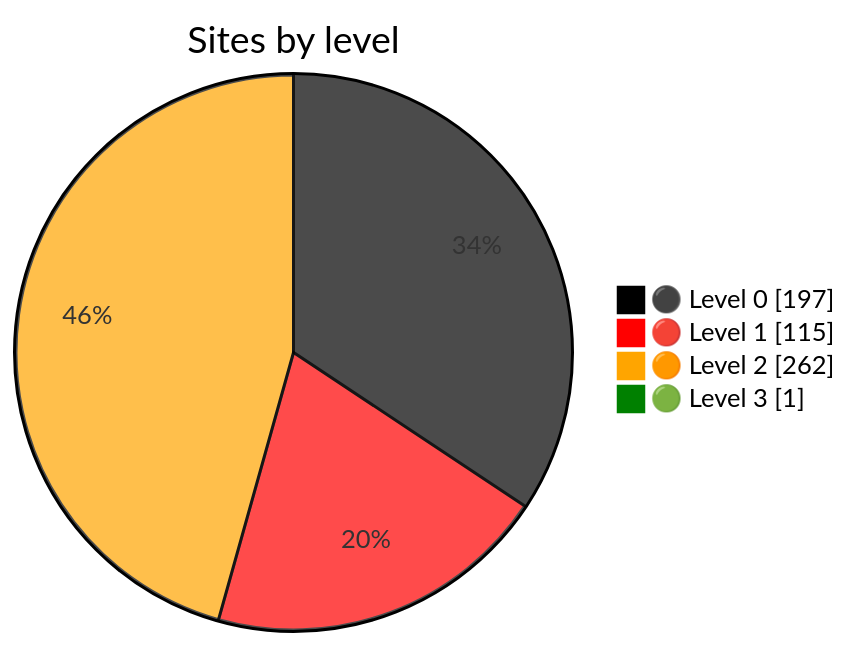
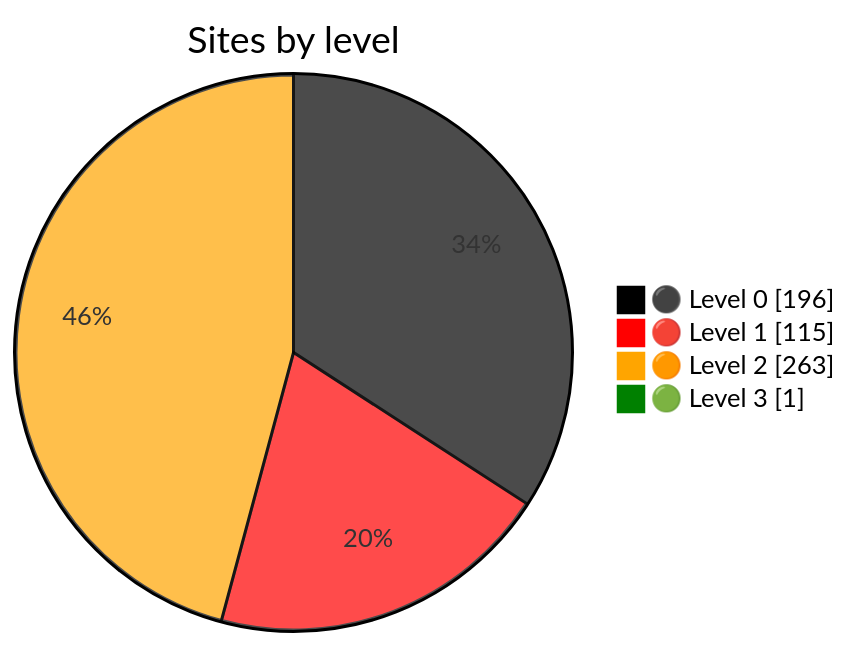
The diagram in README.md (nuuuwan/gov_lk_web_auditor), drawn with Mermaid before and after one commit. The commit also changed other lines of this file and 2572 other files, not shown here.

````diff
--- a/README.md
+++ b/README.md
@@ -24,9 +24,9 @@
 ```mermaid
 %%{init: {"themeVariables":{"pie1":"black","pie2":"red","pie3":"orange","pie4":"green"}}}%%
 pie showData
     title Sites by level
-    "⚫ Level 0" : 197
+    "⚫ Level 0" : 196
     "🔴 Level 1" : 115
-    "🟠 Level 2" : 262
+    "🟠 Level 2" : 263
     "🟢 Level 3" : 1
 ```
````
